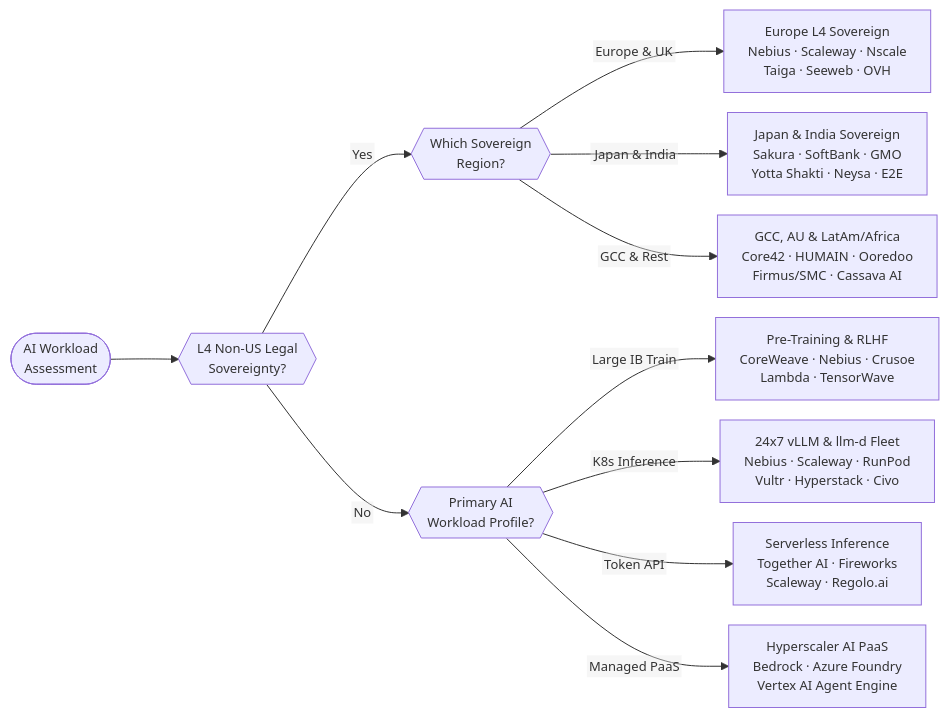
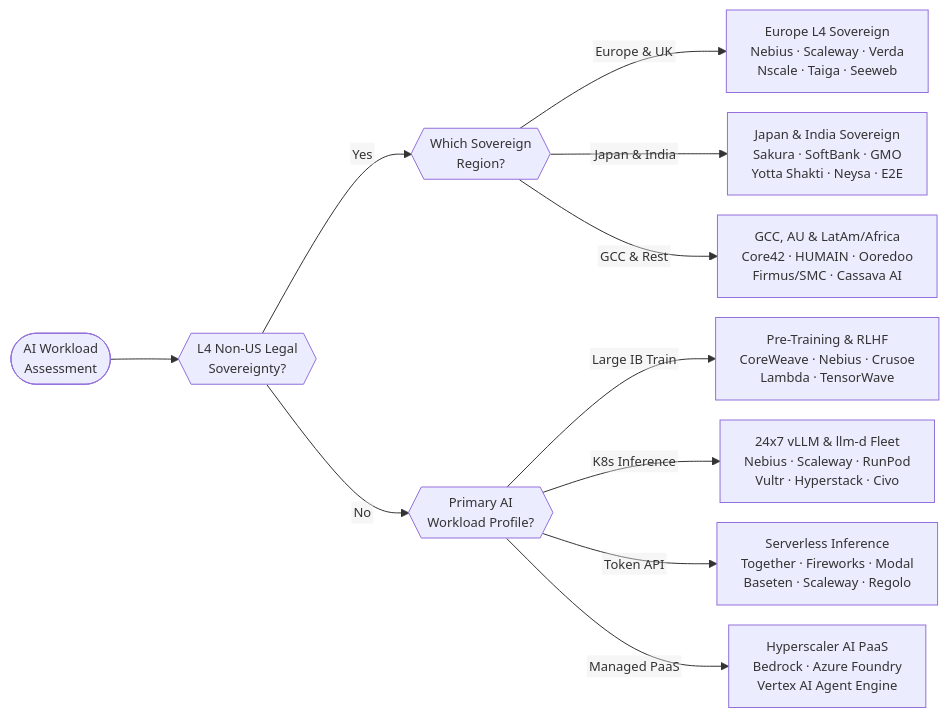
The diagram in v2-docs/neoclouds.md (nubenetes/awesome-kubernetes), drawn with Mermaid before and after one commit. The commit also changed other lines of this file and 25 other files, not shown here.

````diff
--- a/v2-docs/neoclouds.md
+++ b/v2-docs/neoclouds.md
@@ -178,16 +178,16 @@
 ```mermaid
 %%{init: {'themeVariables': {'fontSize': '13px'}, 'flowchart': {'htmlLabels': false, 'nodeSpacing': 20, 'rankSpacing': 68, 'padding': 12}}}%%
 flowchart LR
     A(["AI Workload<br/>Assessment"]) --> B{{"L4 Non-US Legal<br/>Sovereignty?"}}
 
     B -->|"Yes"| C{{"Which Sovereign<br/>Region?"}}
-    C -->|"Europe & UK"| C1["Europe L4 Sovereign<br/>Nebius · Scaleway · Nscale<br/>Taiga · Seeweb · OVH"]
+    C -->|"Europe & UK"| C1["Europe L4 Sovereign<br/>Nebius · Scaleway · Verda<br/>Nscale · Taiga · Seeweb"]
     C -->|"Japan & India"| C2["Japan & India Sovereign<br/>Sakura · SoftBank · GMO<br/>Yotta Shakti · Neysa · E2E"]
     C -->|"GCC & Rest"| C3["GCC, AU & LatAm/Africa<br/>Core42 · HUMAIN · Ooredoo<br/>Firmus/SMC · Cassava AI"]
 
     B -->|"No"| D{{"Primary AI<br/>Workload Profile?"}}
     D -->|"Large IB Train"| D1["Pre-Training & RLHF<br/>CoreWeave · Nebius · Crusoe<br/>Lambda · TensorWave"]
     D -->|"K8s Inference"| D2["24x7 vLLM & llm-d Fleet<br/>Nebius · Scaleway · RunPod<br/>Vultr · Hyperstack · Civo"]
-    D -->|"Token API"| D3["Serverless Inference<br/>Together AI · Fireworks<br/>Scaleway · Regolo.ai"]
+    D -->|"Token API"| D3["Serverless Inference<br/>Together · Fireworks · Modal<br/>Baseten · Scaleway · Regolo"]
     D -->|"Managed PaaS"| D4["Hyperscaler AI PaaS<br/>Bedrock · Azure Foundry<br/>Vertex AI Agent Engine"]
 ```
````
